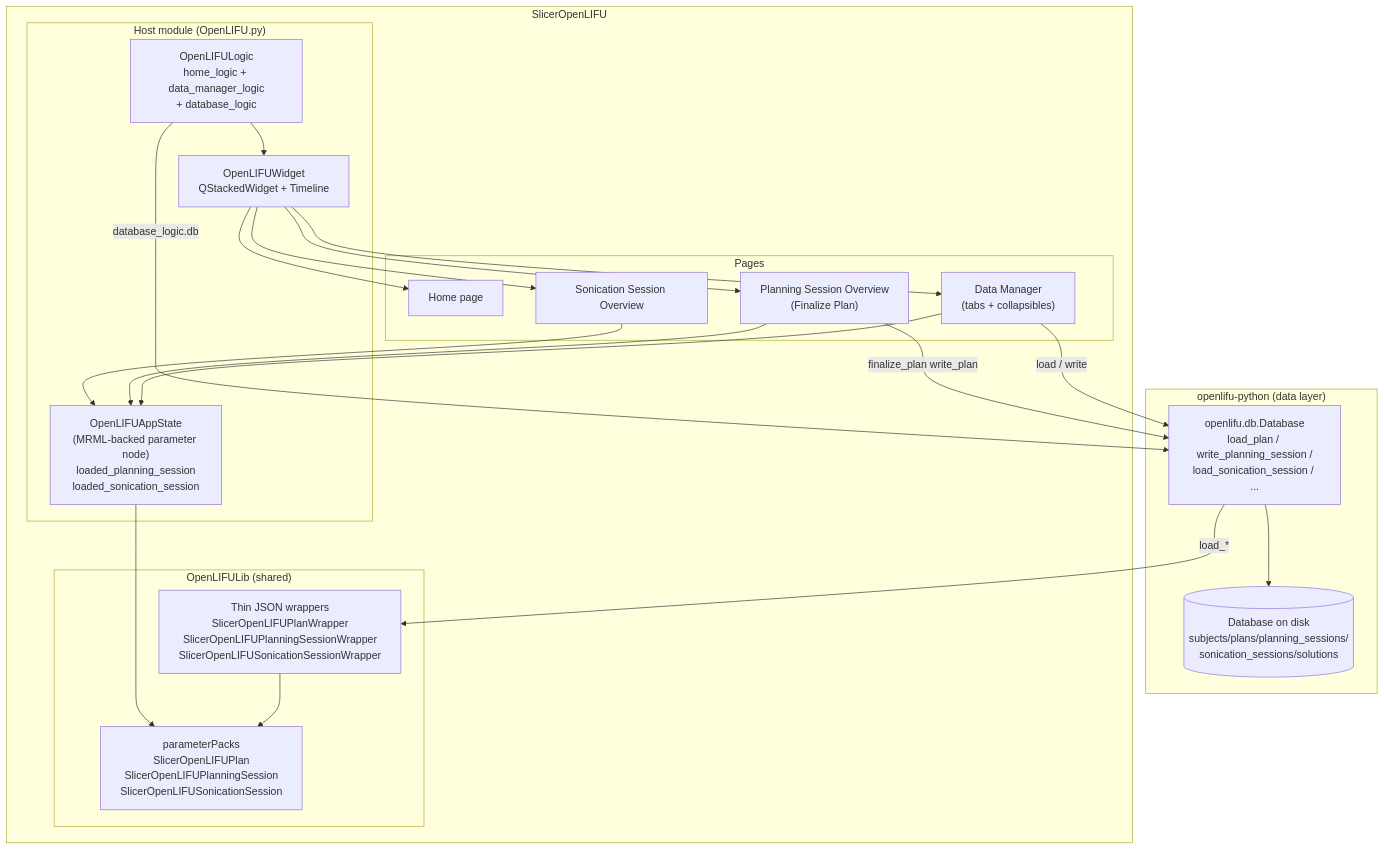
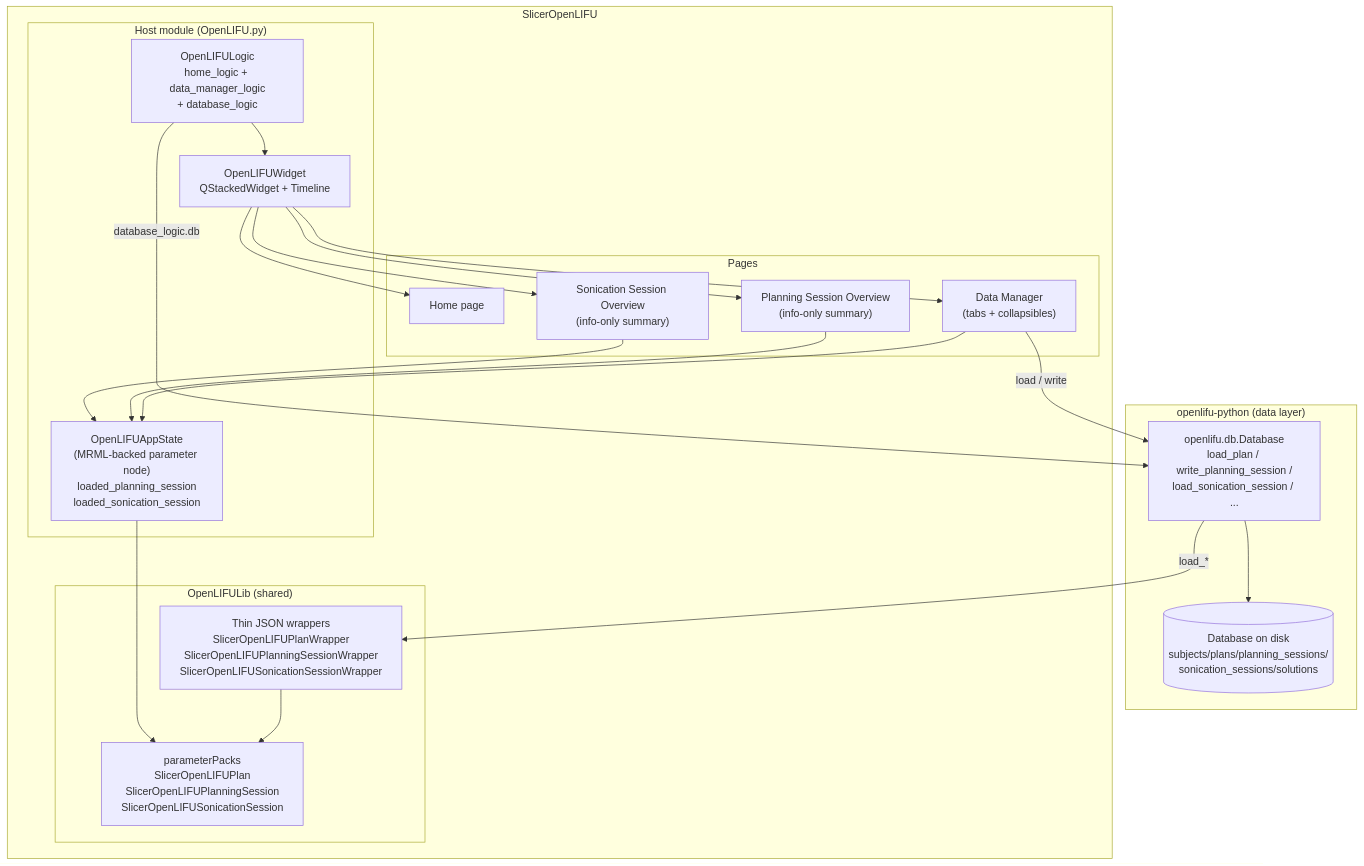
The first of 4 diagrams in docs/architecture.md (OpenwaterHealth/SlicerOpenLIFU), drawn with Mermaid before and after one commit. The commit also changed 9 other files, not shown here.

````diff
--- a/docs/architecture.md
+++ b/docs/architecture.md
@@ -38,43 +38,42 @@
 ```mermaid
 flowchart TB
     subgraph OP["openlifu-python (data layer)"]
       DB[(Database on disk<br/>subjects/plans/planning_sessions/<br/>sonication_sessions/solutions)]
       DBAPI["openlifu.db.Database<br/>load_plan / write_planning_session /<br/>load_sonication_session / ..."]
       DBAPI --> DB
     end
 
     subgraph SO["SlicerOpenLIFU"]
       subgraph LIB["OpenLIFULib (shared)"]
         WRAPPERS["Thin JSON wrappers<br/>SlicerOpenLIFUPlanWrapper<br/>SlicerOpenLIFUPlanningSessionWrapper<br/>SlicerOpenLIFUSonicationSessionWrapper"]
         PACKS["parameterPacks<br/>SlicerOpenLIFUPlan<br/>SlicerOpenLIFUPlanningSession<br/>SlicerOpenLIFUSonicationSession"]
         WRAPPERS --> PACKS
       end
 
       subgraph HOST["Host module (OpenLIFU.py)"]
         HOSTLOGIC["OpenLIFULogic<br/>home_logic + data_manager_logic<br/>+ database_logic"]
         HOSTWIDGET["OpenLIFUWidget<br/>QStackedWidget + Timeline"]
         APPSTATE["OpenLIFUAppState<br/>(MRML-backed parameter node)<br/>loaded_planning_session<br/>loaded_sonication_session"]
       end
 
       subgraph PAGES["Pages"]
         HOME["Home page"]
         DATAMGR["Data Manager<br/>(tabs + collapsibles)"]
-        PSO["Planning Session Overview<br/>(Finalize Plan)"]
-        SSO["Sonication Session Overview"]
+        PSO["Planning Session Overview<br/>(info-only summary)"]
+        SSO["Sonication Session Overview<br/>(info-only summary)"]
       end
 
       HOSTLOGIC --> HOSTWIDGET
       HOSTWIDGET --> HOME
       HOSTWIDGET --> DATAMGR
       HOSTWIDGET --> PSO
       HOSTWIDGET --> SSO
       DATAMGR --> APPSTATE
       PSO --> APPSTATE
       SSO --> APPSTATE
       APPSTATE --> PACKS
       HOSTLOGIC -->|"database_logic.db"| DBAPI
       DATAMGR -->|"load / write"| DBAPI
-      PSO -->|"finalize_plan write_plan"| DBAPI
       DBAPI -->|"load_*"| WRAPPERS
     end
 ```
````
